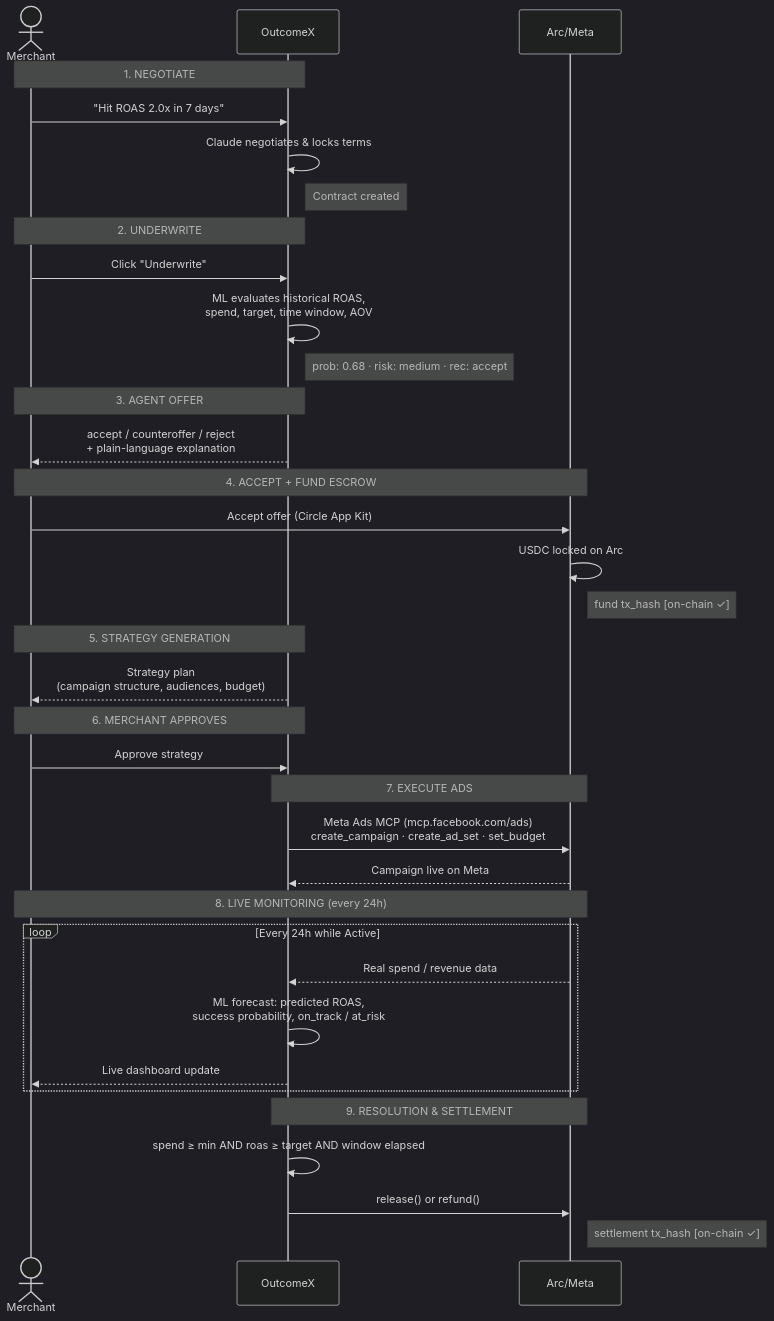
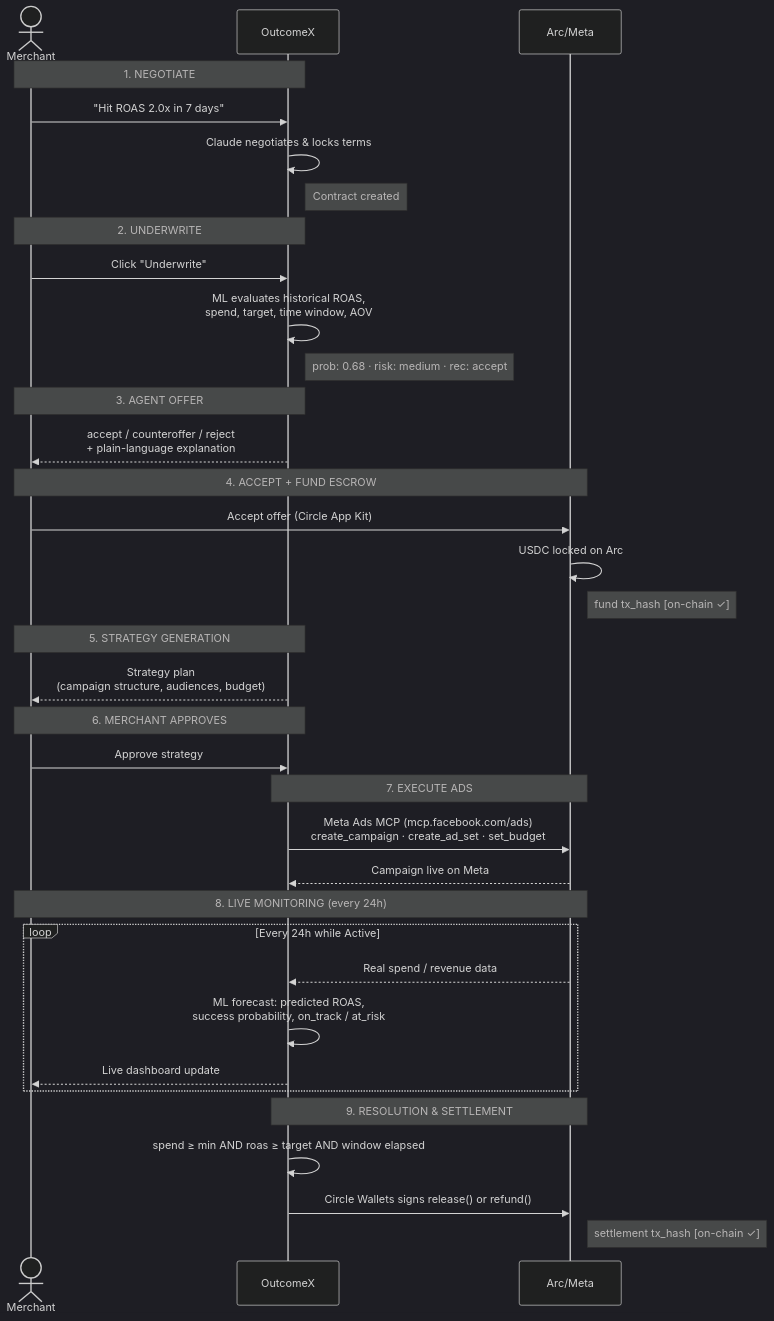
One commit to SankaiAI/Bidtopus changed the second of 6 diagrams in README.md. Above: the diagram before and after it, drawn with Mermaid (dark theme). The commit also changed 2 other files, not shown here.

Commit message:
docs: fix diagram inconsistencies — Circle Wallets signing in step 9, correct approve() flow
- README.md + pitch/02_system_diagram.md: step 9 now shows
  'Circle Wallets signs release() or refund()' to match the
  contracts/README.md Phase 4 detail (agent never calls escrow directly)
- contracts/README.md: Phase 1 uses Notes instead of arrows for
  git pull flow; M->>U: approve(escrowAddress) points to USDC Token
  participant, not the escrow contract
- Also includes previously staged agent/ changes

````diff
--- a/README.md
+++ b/README.md
@@ -38,45 +38,45 @@
 ```mermaid
 sequenceDiagram
     actor Merchant
     participant OutcomeX
     participant Arc/Meta
 
     Note over Merchant,OutcomeX: 1. NEGOTIATE
     Merchant->>OutcomeX: "Hit ROAS 2.0x in 7 days"
     OutcomeX->>OutcomeX: Claude negotiates & locks terms
     Note right of OutcomeX: Contract created
 
     Note over Merchant,OutcomeX: 2. UNDERWRITE
     Merchant->>OutcomeX: Click "Underwrite"
     OutcomeX->>OutcomeX: ML evaluates historical ROAS,<br/>spend, target, time window, AOV
     Note right of OutcomeX: prob: 0.68 · risk: medium · rec: accept
 
     Note over Merchant,OutcomeX: 3. AGENT OFFER
     OutcomeX-->>Merchant: accept / counteroffer / reject<br/>+ plain-language explanation
 
     Note over Merchant,Arc/Meta: 4. ACCEPT + FUND ESCROW
     Merchant->>Arc/Meta: Accept offer (Circle App Kit)
     Arc/Meta->>Arc/Meta: USDC locked on Arc
     Note right of Arc/Meta: fund tx_hash [on-chain ✓]
 
     Note over Merchant,OutcomeX: 5. STRATEGY GENERATION
     OutcomeX-->>Merchant: Strategy plan<br/>(campaign structure, audiences, budget)
     Note over Merchant,OutcomeX: 6. MERCHANT APPROVES
     Merchant->>OutcomeX: Approve strategy
 
     Note over OutcomeX,Arc/Meta: 7. EXECUTE ADS
     OutcomeX->>Arc/Meta: Meta Ads MCP (mcp.facebook.com/ads)<br/>create_campaign · create_ad_set · set_budget
     Arc/Meta-->>OutcomeX: Campaign live on Meta
 
     Note over Merchant,Arc/Meta: 8. LIVE MONITORING (every 24h)
     loop Every 24h while Active
         Arc/Meta-->>OutcomeX: Real spend / revenue data
         OutcomeX->>OutcomeX: ML forecast: predicted ROAS,<br/>success probability, on_track / at_risk
         OutcomeX-->>Merchant: Live dashboard update
     end
 
     Note over OutcomeX,Arc/Meta: 9. RESOLUTION & SETTLEMENT
     OutcomeX->>OutcomeX: spend ≥ min AND roas ≥ target AND window elapsed
-    OutcomeX->>Arc/Meta: release() or refund()
+    OutcomeX->>Arc/Meta: Circle Wallets signs release() or refund()
     Note right of Arc/Meta: settlement tx_hash [on-chain ✓]
 ```
````
